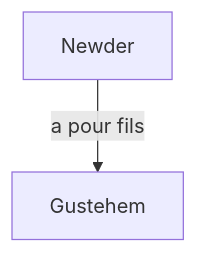
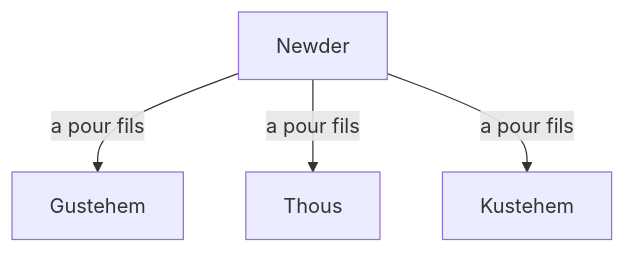
The diagram in src/graphs/newder/newder.mmd (hdorgeval/le-livre-des-rois), drawn with Mermaid before and after one commit. The commit also changed 17 other files, not shown here.

```diff
--- a/src/graphs/newder/newder.mmd
+++ b/src/graphs/newder/newder.mmd
@@ -1,2 +1,4 @@
 graph TD
 Newder --a pour fils--> Gustehem
+Newder --a pour fils--> Thous
+Newder --a pour fils--> Kustehem
```
